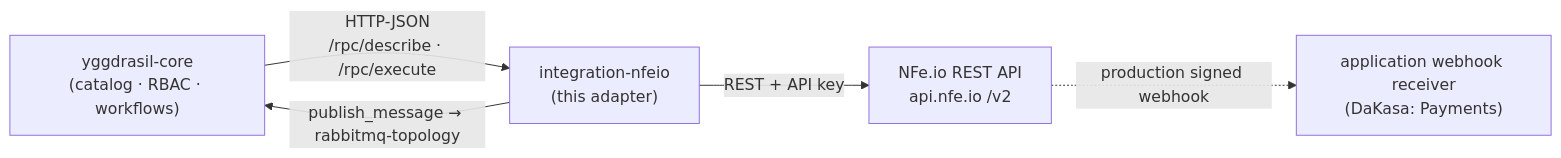
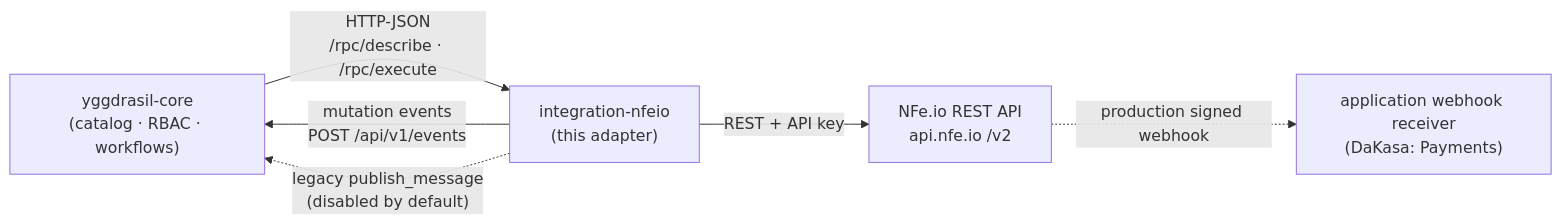
One commit to dakasa-yggdrasil/integration-nfeio changed the first of 3 diagrams in README.md. Above: the diagram before and after it, drawn with Mermaid. The commit also changed other lines of this file and 8 other files, not shown here.

````diff
--- a/README.md
+++ b/README.md
@@ -36,12 +36,13 @@
 ```mermaid
 flowchart LR
   core["yggdrasil-core<br/>(catalog · RBAC · workflows)"]
   adapter["integration-nfeio<br/>(this adapter)"]
   nfeio["NFe.io REST API<br/>api.nfe.io /v2"]
   payments["application webhook receiver<br/>(DaKasa: Payments)"]
 
   core -- "HTTP-JSON<br/>/rpc/describe · /rpc/execute" --> adapter
   adapter -- "REST + API key" --> nfeio
   nfeio -. "production signed webhook" .-> payments
-  adapter -- "publish_message → rabbitmq-topology" --> core
+  adapter -- "mutation events<br/>POST /api/v1/events" --> core
+  adapter -. "legacy publish_message<br/>(disabled by default)" .-> core
 ```
````
